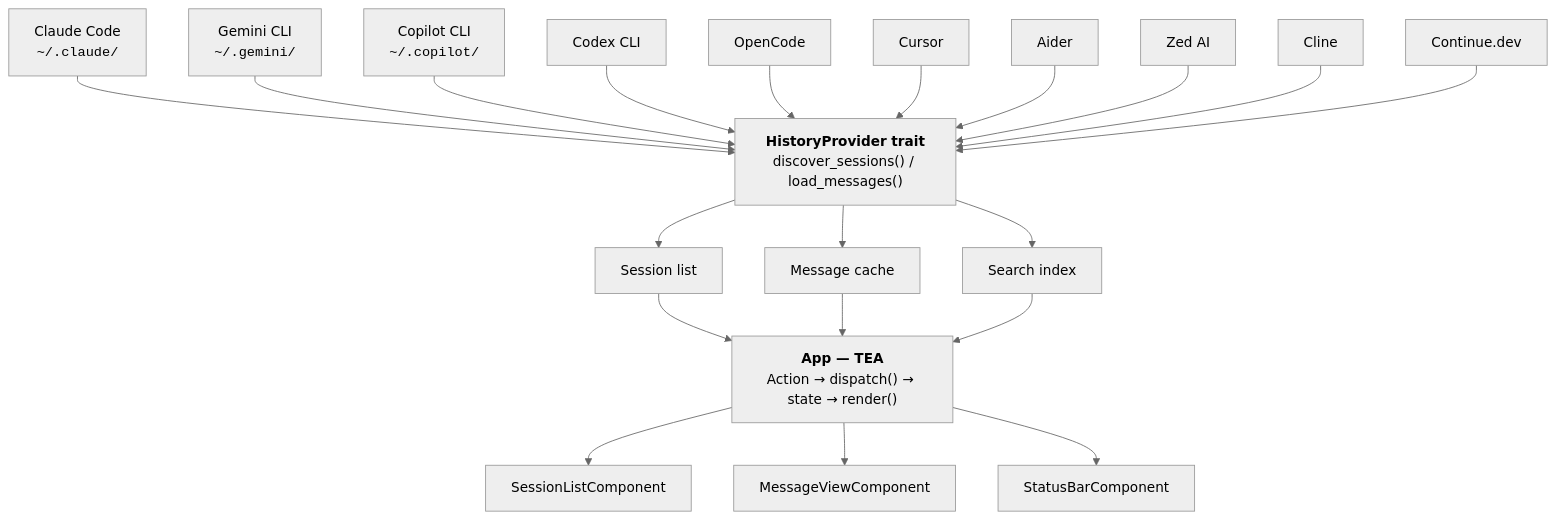
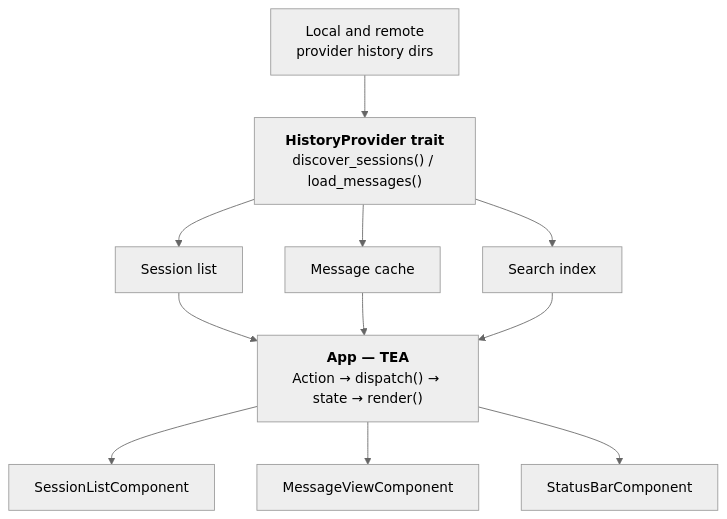
One commit to Tien-Lam/agent-history changed the first of 3 diagrams in docs/ARCHITECTURE.md. Above: the diagram before and after it, drawn with Mermaid (neutral theme). The commit also changed other lines of this file and 4 other files, not shown here.

````diff
--- a/docs/ARCHITECTURE.md
+++ b/docs/ARCHITECTURE.md
@@ -10,29 +10,20 @@
 ```mermaid
 graph TD
-    CC["Claude Code<br><code>~/.claude/</code>"] --> HP
-    GC["Gemini CLI<br><code>~/.gemini/</code>"] --> HP
-    CP["Copilot CLI<br><code>~/.copilot/</code>"] --> HP
-    CX["Codex CLI"] --> HP
-    OC["OpenCode"] --> HP
-    CU["Cursor"] --> HP
-    AD["Aider"] --> HP
-    ZA["Zed AI"] --> HP
-    CL["Cline"] --> HP
-    CD["Continue.dev"] --> HP
+    PD["Local and remote<br>provider history dirs"] --> HP
 
     HP["<b>HistoryProvider trait</b><br>discover_sessions() / load_messages()"]
 
     HP --> SL[Session list]
     HP --> MC[Message cache]
     HP --> SI[Search index]
 
     SL --> APP
     MC --> APP
     SI --> APP
 
     APP["<b>App — TEA</b><br>Action → dispatch() → state → render()"]
 
     APP --> UI_SL[SessionListComponent]
     APP --> UI_MV[MessageViewComponent]
     APP --> UI_SB[StatusBarComponent]
 ```
````
